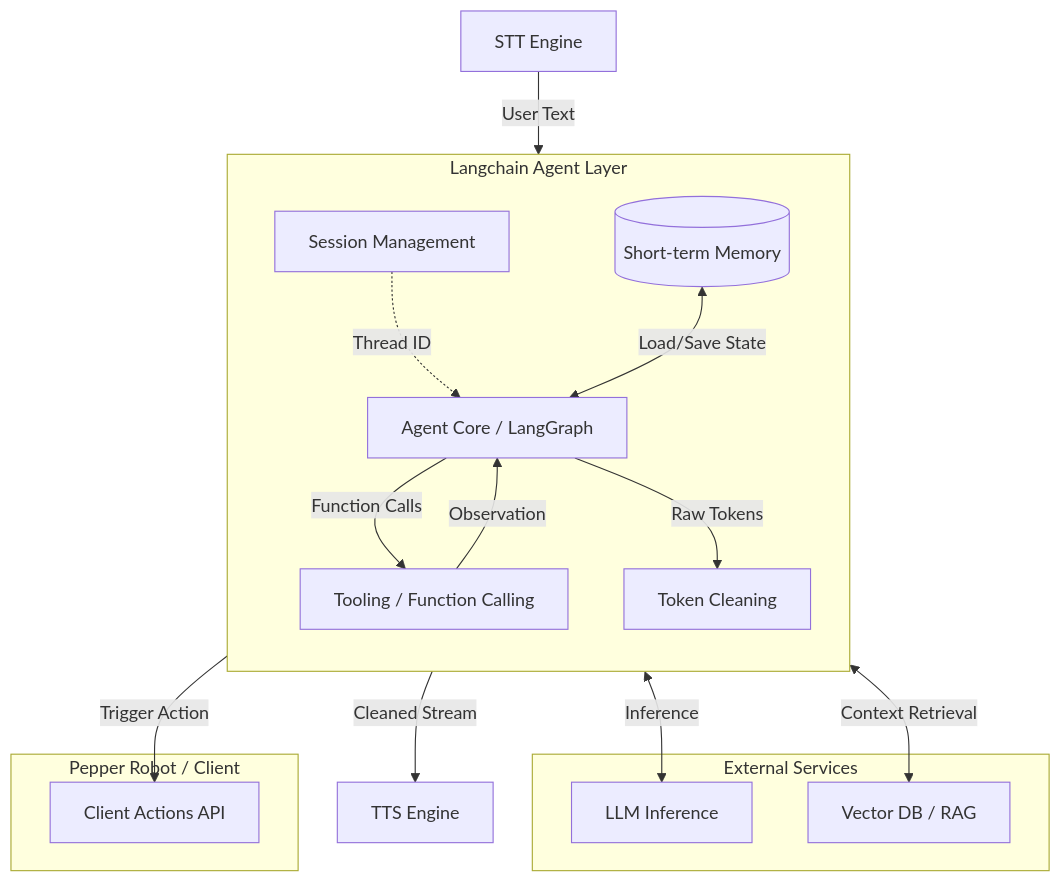
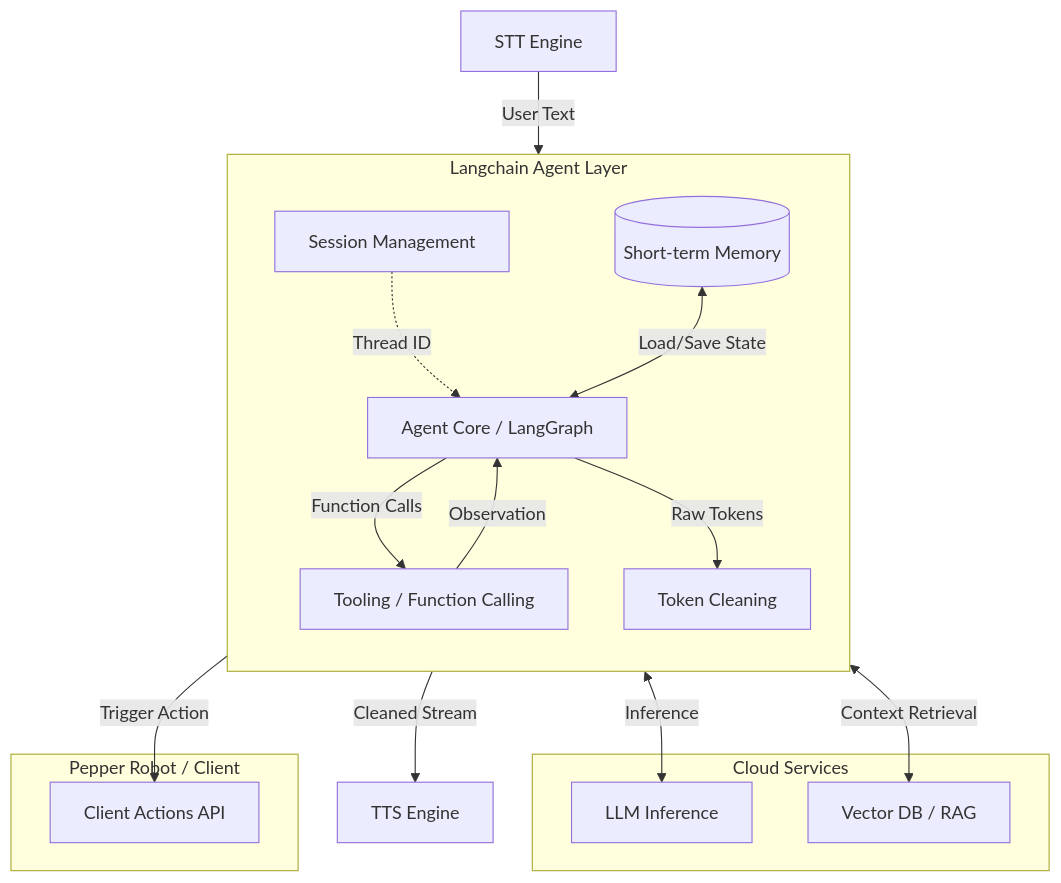
One commit to Distributed-AI-Multi-Robot-System/edge-ai-orchestrator changed the fifth of 6 diagrams in README.md. Above: the diagram before and after it, drawn with Mermaid. The commit also changed other lines of this file, not shown here.

Commit message:
added overall architecture diagram and minimal description

````diff
--- a/README.md
+++ b/README.md
@@ -271,41 +271,41 @@
 ```mermaid
     flowchart TD
         %% Main Inputs
         STT[STT Engine] -->|User Text| AgentCore
         
         subgraph AgentLayer [Langchain Agent Layer]
             direction TB
             
             %% Core Components
             AgentCore[Agent Core / LangGraph]
             Memory[(Short-term Memory)]
             SessionMgr[Session Management]
             TokenClean[Token Cleaning]
             Tooling[Tooling / Function Calling]
 
             %% Internal Connections
             SessionMgr -.->|Thread ID| AgentCore
             Memory <-->|Load/Save State| AgentCore
             AgentCore -- Function Calls --> Tooling
             Tooling -- Observation --> AgentCore
             AgentCore -->|Raw Tokens| TokenClean
         end
 
-        subgraph Services [External Services]
+        subgraph Services [Cloud Services]
             LLM[LLM Inference]
             RAG[Vector DB / RAG]
         end
 
         subgraph Pepper [Pepper Robot / Client]
             ClientAPI[Client Actions API]
         end
 
         %% External Connections
         AgentCore <-->|Inference| LLM
         AgentCore <-->|Context Retrieval| RAG
         
         %% Outputs
         Tooling -->|Trigger Action| ClientAPI
         TokenClean -->|Cleaned Stream| TTS[TTS Engine]
 
 ```
````
